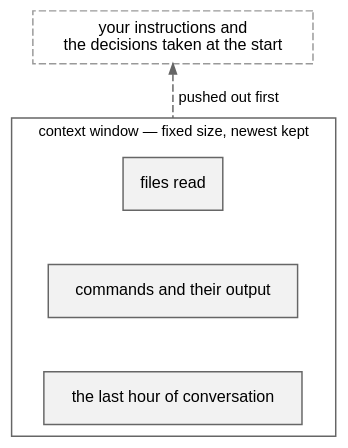
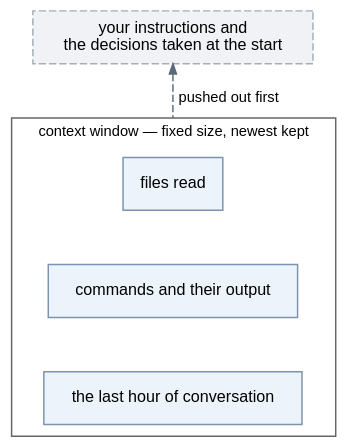
The diagram in modules/ai-context-continuation/questions.adoc (htl-leonding-college/curriculum-syp3), drawn with Graphviz before and after one commit. The commit also changed 65 other files, not shown here.

First line of the commit message:
feat(site): give the diagrams a semantic pastel palette

```diff
--- a/modules/ai-context-continuation/questions.adoc
+++ b/modules/ai-context-continuation/questions.adoc
@@ -82,26 +82,26 @@
 [graphviz,q-context-window,svg]
 ----
 digraph window {
   rankdir=TB;
   bgcolor="transparent";
   compound=true;
-  node [shape=box, style=filled, fillcolor="#f2f2f2", color="#666666",
+  node [shape=box, style=filled, fillcolor="#EDF3FA", color="#7C93AD",
         fontname="Helvetica", fontsize=11];
-  edge [color="#666666", arrowsize=0.7, fontname="Helvetica", fontsize=10];
+  edge [color="#5A6B7D", arrowsize=0.7, fontname="Helvetica", fontsize=10];
 
   A [label="your instructions and\nthe decisions taken at the start",
-     style="filled,dashed", fillcolor="#ffffff", color="#999999"];
+     style="filled,dashed", fillcolor="#F0F2F5", color="#A3AEBA"];
 
   subgraph cluster_w {
     label="context window — fixed size, newest kept";
     fontname="Helvetica"; fontsize=10; color="#666666";
     B [label="files read"];
     C [label="commands and their output"];
     D [label="the last hour of conversation"];
     B -> C -> D [style=invis];
   }
 
   A -> B [label="pushed out first",
           lhead=cluster_w, style=dashed, dir=back];
 }
 ----
```
